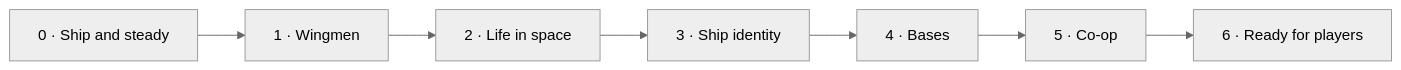
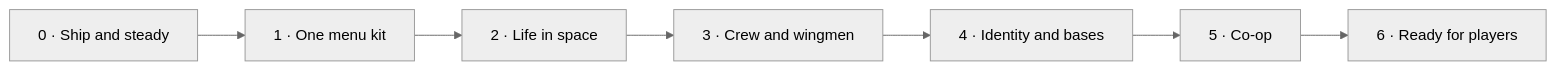
One commit to Lycheetah/black-current changed the diagram in docs/PLAN.md. Above: the diagram before and after it, drawn with Mermaid (neutral theme). The commit also changed other lines of this file and 2 other files, not shown here.

````diff
--- a/docs/PLAN.md
+++ b/docs/PLAN.md
@@ -30,5 +30,5 @@
 ```mermaid
 flowchart LR
-  S0["0 · Ship and steady"] --> S1["1 · Wingmen"] --> S2["2 · Life in space"] --> S3["3 · Ship identity"]
-  S3 --> S4["4 · Bases"] --> S5["5 · Co-op"] --> S6["6 · Ready for players"]
+  S0["0 · Ship and steady"] --> S1["1 · One menu kit"] --> S2["2 · Life in space"] --> S3["3 · Crew and wingmen"]
+  S3 --> S4["4 · Identity and bases"] --> S5["5 · Co-op"] --> S6["6 · Ready for players"]
 ```
````
